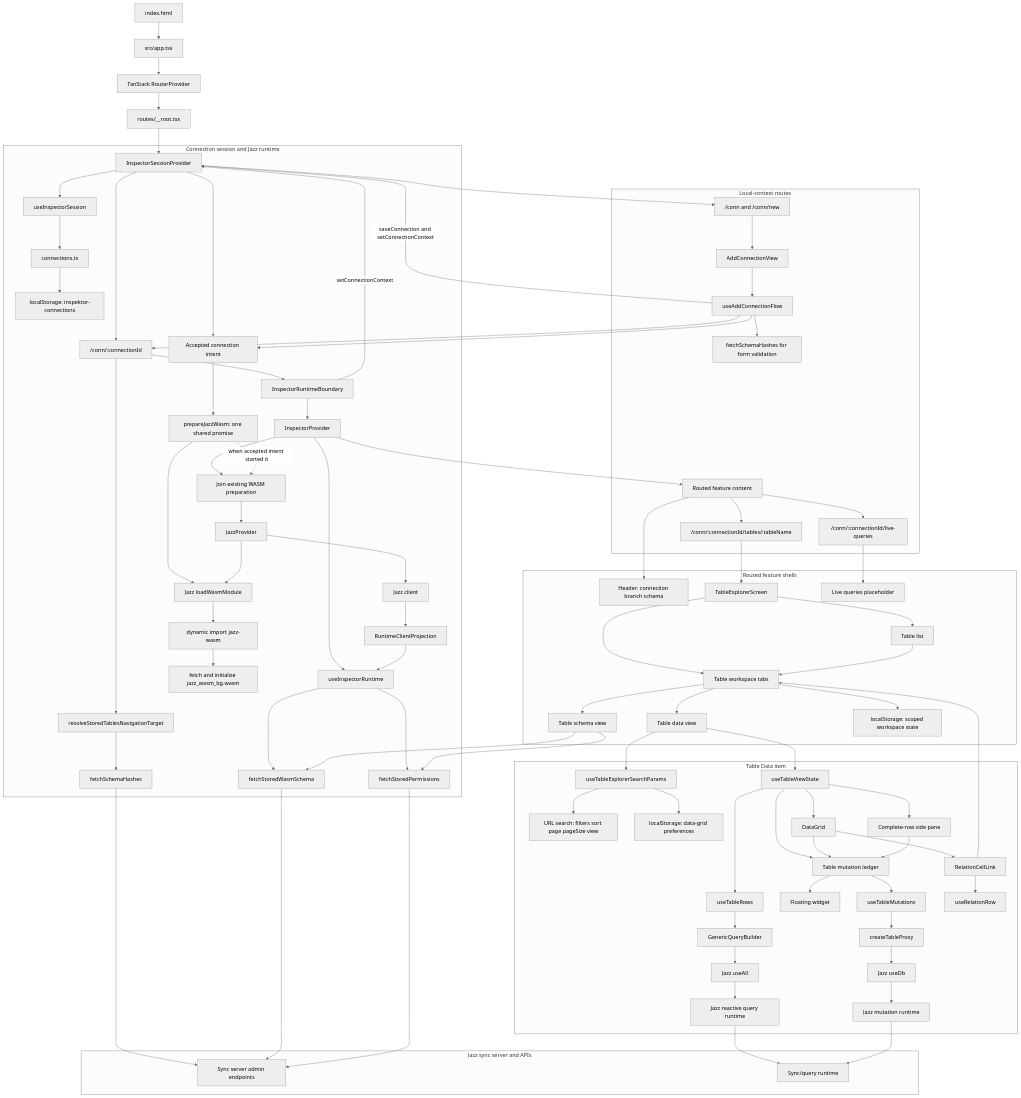
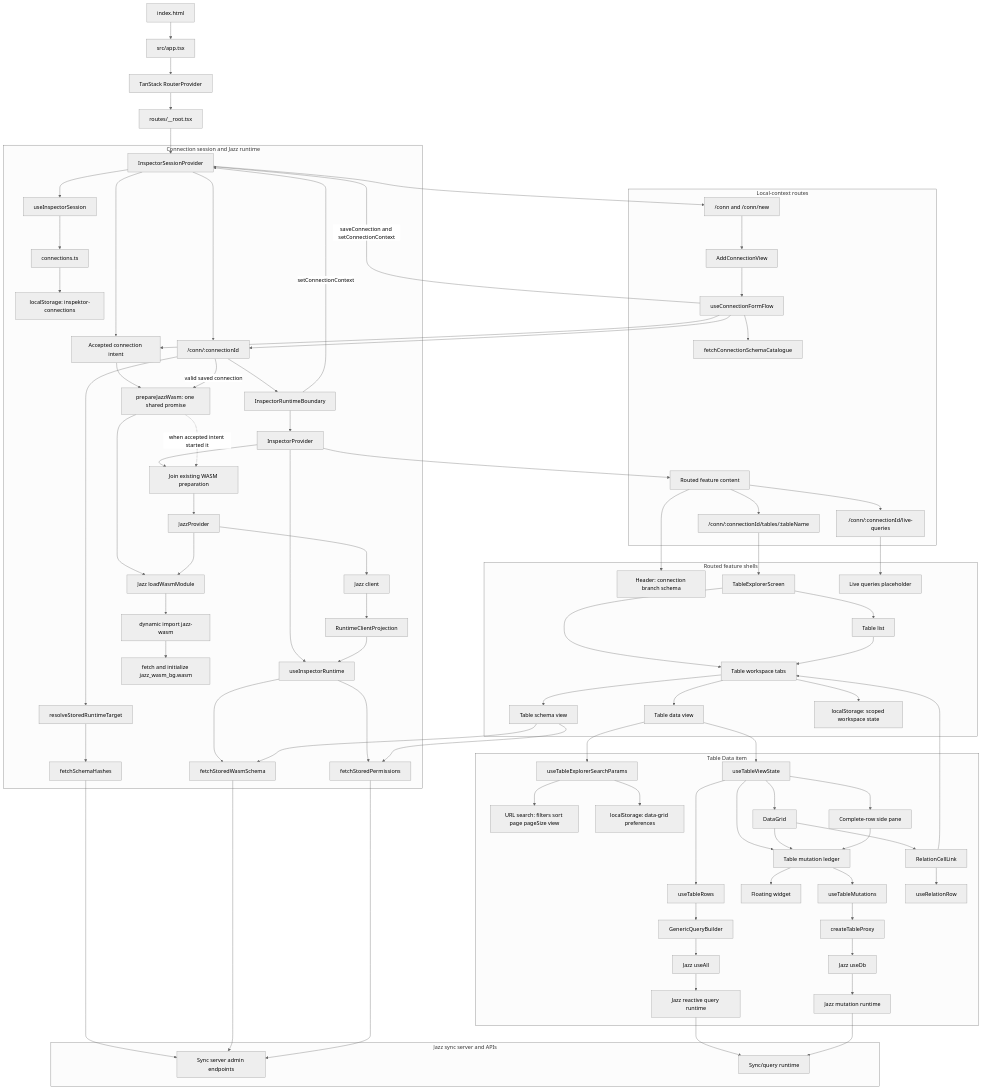
The diagram in docs/design-document.md (cleminso/inspektor), drawn with Mermaid (neutral theme) before and after one commit. The commit also changed other lines of this file and 19 other files, not shown here.

```diff
--- a/docs/design-document.md
+++ b/docs/design-document.md
@@ -105,7 +105,8 @@
       SessionProvider --> AcceptedIntent["Accepted connection intent"]
       AcceptedIntent --> WasmPreparation["prepareJazzWasm: one shared promise"]
       WasmPreparation --> WasmLoader["Jazz loadWasmModule"]
-      ConnectionRoute --> TargetResolver["resolveStoredTablesNavigationTarget"]
+      ConnectionRoute -->|valid saved connection| WasmPreparation
+      ConnectionRoute --> TargetResolver["resolveStoredRuntimeTarget"]
       TargetResolver --> SchemaHashes["fetchSchemaHashes"]
       ConnectionRoute --> RuntimeBoundary["InspectorRuntimeBoundary"]
       RuntimeBoundary -->|setConnectionContext| SessionProvider
@@ -129,8 +130,8 @@
     subgraph RoutesGroup["Local-context routes"]
       SessionProvider --> Connections["/conn and /conn/new"]
       Connections --> AddConnection["AddConnectionView"]
-      AddConnection --> AddConnectionFlow["useAddConnectionFlow"]
-      AddConnectionFlow --> FormSchemaDiscovery["fetchSchemaHashes for form validation"]
+      AddConnection --> AddConnectionFlow["useConnectionFormFlow"]
+      AddConnectionFlow --> FormSchemaDiscovery["fetchConnectionSchemaCatalogue"]
       AddConnectionFlow -->|saveConnection and setConnectionContext| SessionProvider
       AddConnectionFlow --> AcceptedIntent
       AddConnectionFlow --> ConnectionRoute
```
